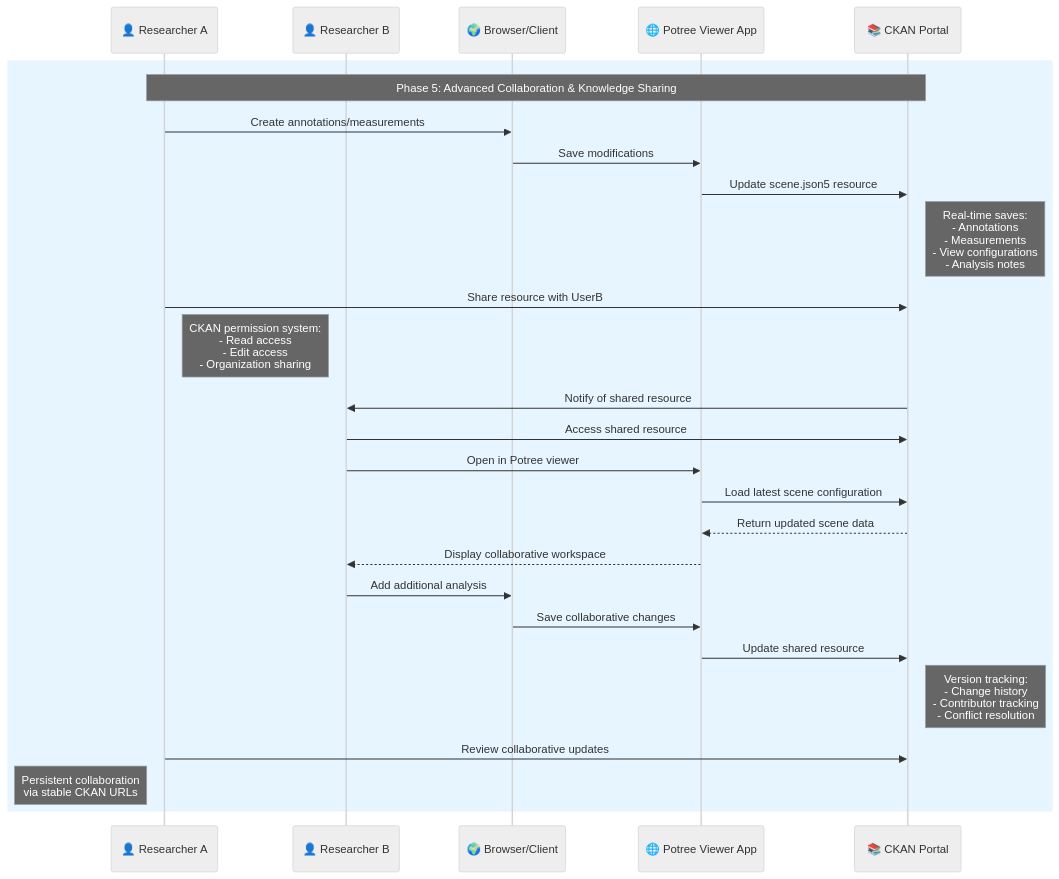
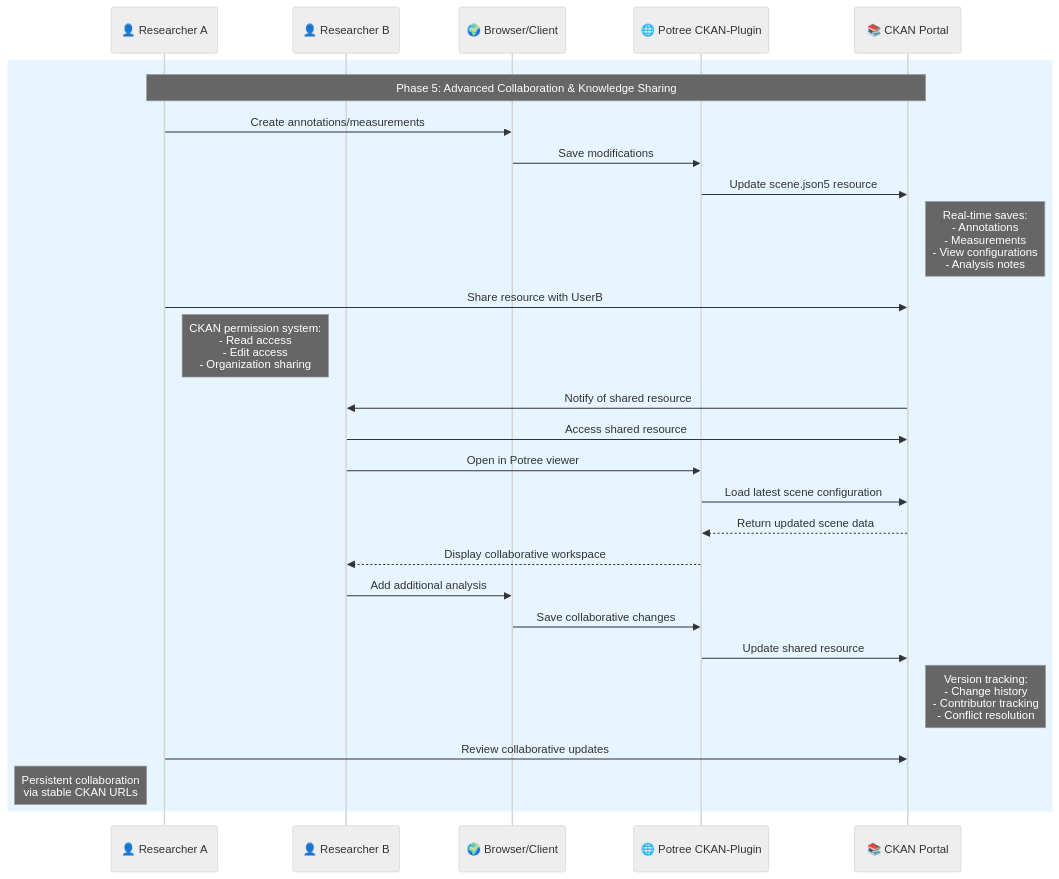
One commit to In-For-Disaster-Analytics/ckan-docker changed the fifth of 5 diagrams in src/ckanext-potree/README-pipeline.md. Above: the diagram before and after it, drawn with Mermaid. The commit also changed other lines of this file, not shown here.

````diff
--- a/src/ckanext-potree/README-pipeline.md
+++ b/src/ckanext-potree/README-pipeline.md
@@ -391,37 +416,37 @@
 ```mermaid
 %%{ init : { "theme" : "neutral", "themeVariables" : { "primaryColor" : "#fff", "primaryTextColor" : "#000", "primaryBorderColor" : "#000", "lineColor" : "#000", "secondaryColor" : "#f8f8f8", "tertiaryColor" : "#f0f0f0" }}}%%
 sequenceDiagram
     participant UserA as 👤 Researcher A
     participant UserB as 👤 Researcher B
     participant Browser as 🌍 Browser/Client
-    participant Django as 🌐 Potree Viewer App
+    participant PotreePlugin as 🌐 Potree CKAN-Plugin
     participant CKAN as 📚 CKAN Portal
 
     %% Collaboration & Sharing
     rect rgb(230, 245, 255)
         Note over UserA,CKAN: Phase 5: Advanced Collaboration & Knowledge Sharing
 
         UserA->>Browser: Create annotations/measurements
-        Browser->>Django: Save modifications
-        Django->>CKAN: Update scene.json5 resource
+        Browser->>PotreePlugin: Save modifications
+        PotreePlugin->>CKAN: Update scene.json5 resource
         Note right of CKAN: Real-time saves:<br/>- Annotations<br/>- Measurements<br/>- View configurations<br/>- Analysis notes
 
         UserA->>CKAN: Share resource with UserB
         Note right of UserA: CKAN permission system:<br/>- Read access<br/>- Edit access<br/>- Organization sharing
 
         CKAN->>UserB: Notify of shared resource
         UserB->>CKAN: Access shared resource
-        UserB->>Django: Open in Potree viewer
-        Django->>CKAN: Load latest scene configuration
-        CKAN-->>Django: Return updated scene data
-        Django-->>UserB: Display collaborative workspace
+        UserB->>PotreePlugin: Open in Potree viewer
+        PotreePlugin->>CKAN: Load latest scene configuration
+        CKAN-->>PotreePlugin: Return updated scene data
+        PotreePlugin-->>UserB: Display collaborative workspace
 
         UserB->>Browser: Add additional analysis
-        Browser->>Django: Save collaborative changes
-        Django->>CKAN: Update shared resource
+        Browser->>PotreePlugin: Save collaborative changes
+        PotreePlugin->>CKAN: Update shared resource
         Note right of CKAN: Version tracking:<br/>- Change history<br/>- Contributor tracking<br/>- Conflict resolution
 
         UserA->>CKAN: Review collaborative updates
         Note left of UserA: Persistent collaboration<br/>via stable CKAN URLs
     end
 ```
````
